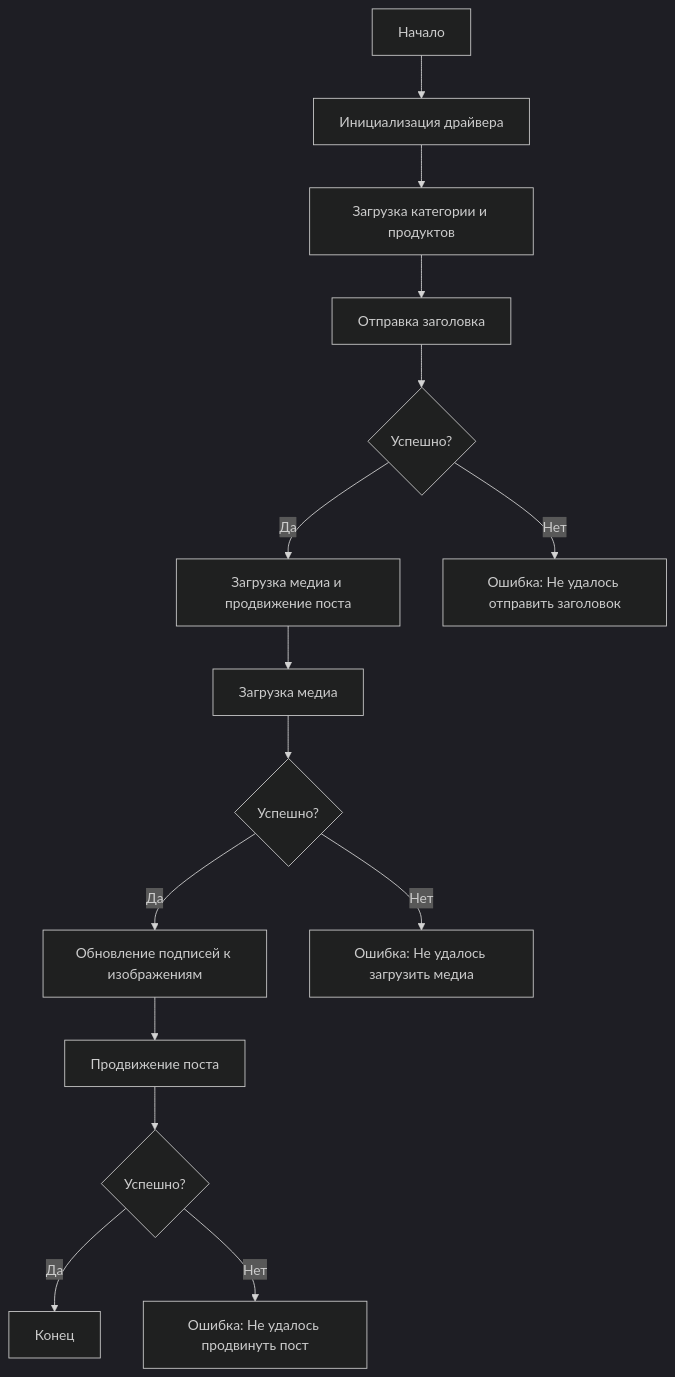
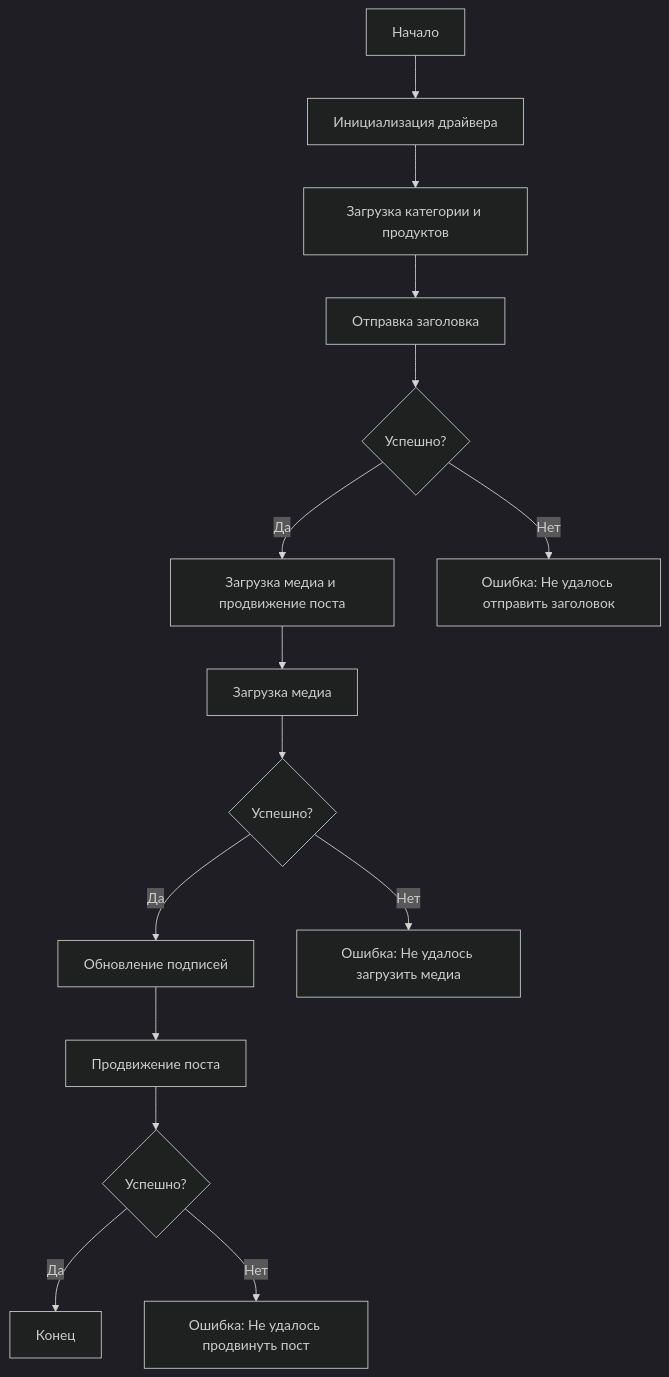
Before and after one commit to hypo69/hypotez: the diagram in docs/ru/src/endpoints/advertisement/facebook/scenarios/post_message_async.md, drawn with Mermaid (dark theme). The commit also changed other lines of this file and 1431 other files, not shown here.

````diff
--- a/docs/ru/src/endpoints/advertisement/facebook/scenarios/post_message_async.md
+++ b/docs/ru/src/endpoints/advertisement/facebook/scenarios/post_message_async.md
@@ -13,17 +13,17 @@
 ```mermaid
 graph TD
     Start[Начало] --> InitDriver[Инициализация драйвера]
     InitDriver --> LoadCategoryAndProducts[Загрузка категории и продуктов]
     LoadCategoryAndProducts --> SendTitle[Отправка заголовка]
     SendTitle --> CheckTitleSuccess{Успешно?}
     CheckTitleSuccess -->|Да| UploadMediaAndPromotePost[Загрузка медиа и продвижение поста]
     CheckTitleSuccess -->|Нет| TitleError[Ошибка: Не удалось отправить заголовок]
     UploadMediaAndPromotePost --> UploadMedia[Загрузка медиа]
     UploadMedia --> CheckMediaSuccess{Успешно?}
-    CheckMediaSuccess -->|Да| UpdateCaptions[Обновление подписей к изображениям]
+    CheckMediaSuccess -->|Да| UpdateCaptions[Обновление подписей]
     CheckMediaSuccess -->|Нет| MediaError[Ошибка: Не удалось загрузить медиа]
     UpdateCaptions --> PromotePost[Продвижение поста]
     PromotePost --> CheckPromoteSuccess{Успешно?}
     CheckPromoteSuccess -->|Да| End[Конец]
     CheckPromoteSuccess -->|Нет| PromoteError[Ошибка: Не удалось продвинуть пост]
 ```
````
